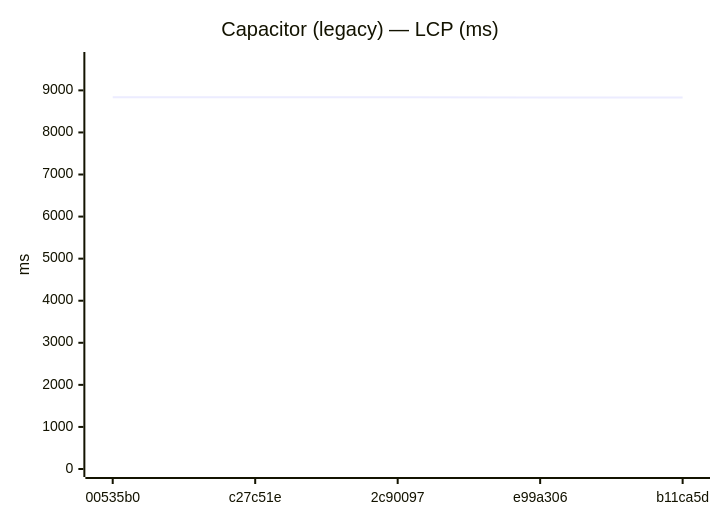
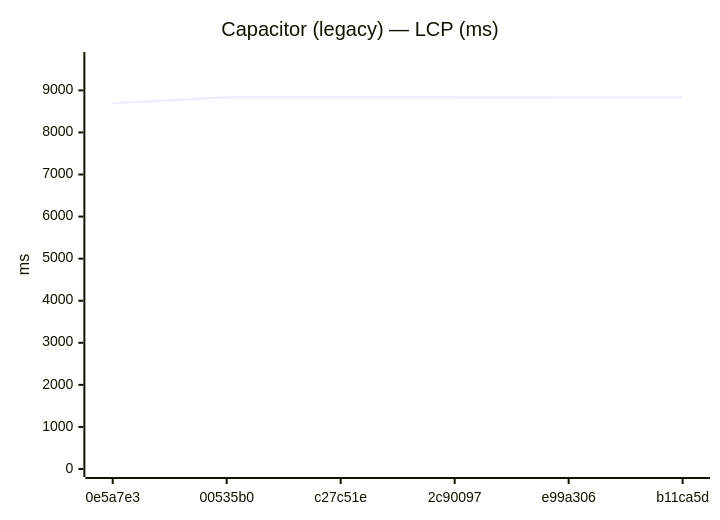
One commit to Metaheurist/Rianell changed the fifth of 24 diagrams in benchmarks/compare.md. Above: the diagram before and after it, drawn with Mermaid. The commit also changed other lines of this file and 12 other files, not shown here.

````diff
--- a/benchmarks/compare.md
+++ b/benchmarks/compare.md
@@ -69,7 +72,7 @@
 ```mermaid
 xychart-beta
     title "Capacitor (legacy) — LCP (ms)"
-    x-axis ["00535b0", "c27c51e", "2c90097", "e99a306", "b11ca5d"]
+    x-axis ["0e5a7e3", "00535b0", "c27c51e", "2c90097", "e99a306", "b11ca5d"]
     y-axis "ms" 0 --> 9722
-    line [8834, 8838, 8835, 8833, 8830]
+    line [8693, 8834, 8838, 8835, 8833, 8830]
 ```
````
